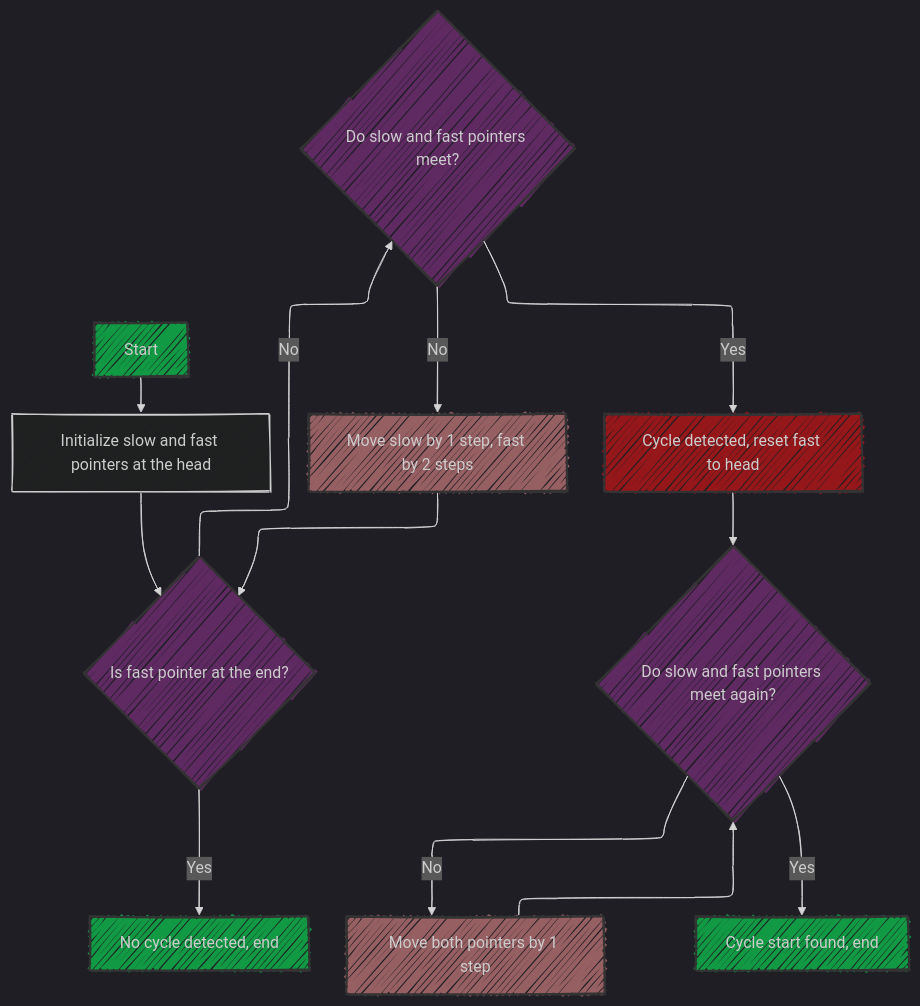
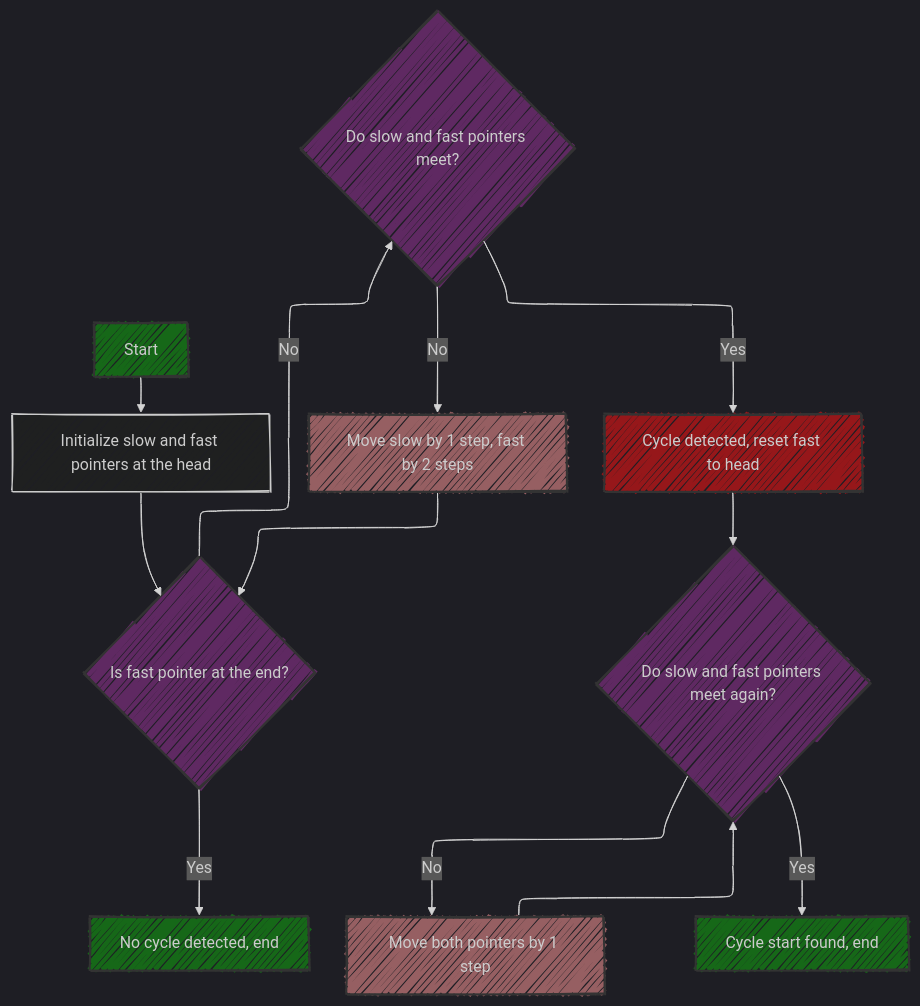
One commit to CongLeSolutionX/AlgoVerse changed the diagram in Coding_patterns_for_tech_interviews/Fast_and_Slow_Pointers/Fast_and_Slow_Pointers.md. Above: the diagram before and after it, drawn with Mermaid. The commit also changed other lines of this file, not shown here.

Commit message:
better color

````diff
--- a/Coding_patterns_for_tech_interviews/Fast_and_Slow_Pointers/Fast_and_Slow_Pointers.md
+++ b/Coding_patterns_for_tech_interviews/Fast_and_Slow_Pointers/Fast_and_Slow_Pointers.md
@@ -44,32 +44,32 @@
 ```mermaid
 ---
 config:
   layout: elk
   look: handDrawn
   theme: dark
 ---
 flowchart TD
     A[Start] --> B[Initialize slow and fast pointers at the head];
     B --> C{Is fast pointer at the end?}
     C -- Yes --> D[No cycle detected, end]
     C -- No --> E{Do slow and fast pointers meet?}
     E -- No --> F[Move slow by 1 step, fast by 2 steps] --> C
     E -- Yes --> G[Cycle detected, reset fast to head]
     G --> H{Do slow and fast pointers meet again?}
     H -- No --> I[Move both pointers by 1 step] --> H
     H -- Yes --> J[Cycle start found, end]
 
 
-    classDef Start_and_End_Point fill:#194,stroke:#333,stroke-width:2px;
+    classDef Start_and_End_Point fill:#1919,stroke:#333,stroke-width:2px;
     class A,D,J Start_and_End_Point
     
     classDef Decision_Point fill:#9398,stroke:#333,stroke-width:2px;
     class C,E,H Decision_Point
 
     classDef No_Choice fill:#f998,stroke:#333,stroke-width:2px;
     class F,I No_Choice;
 
     classDef Yes_Choice fill:#f118,stroke:#333,stroke-width:2px;
     class G Yes_Choice;
-    
+
 ```
````
